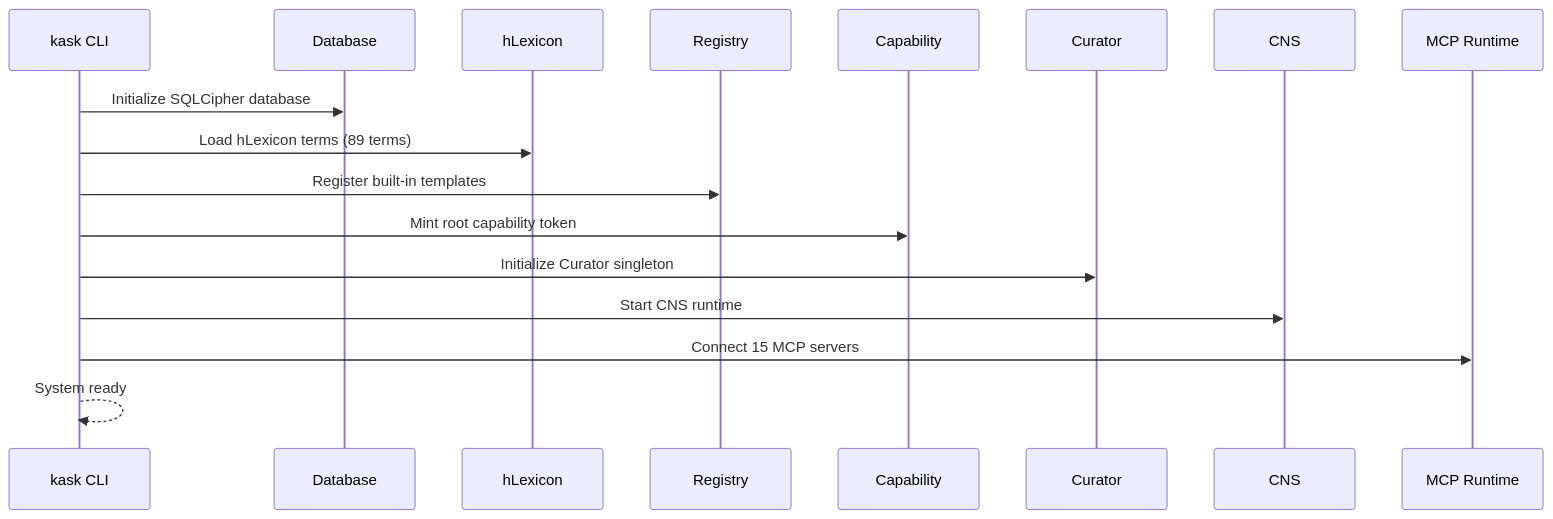
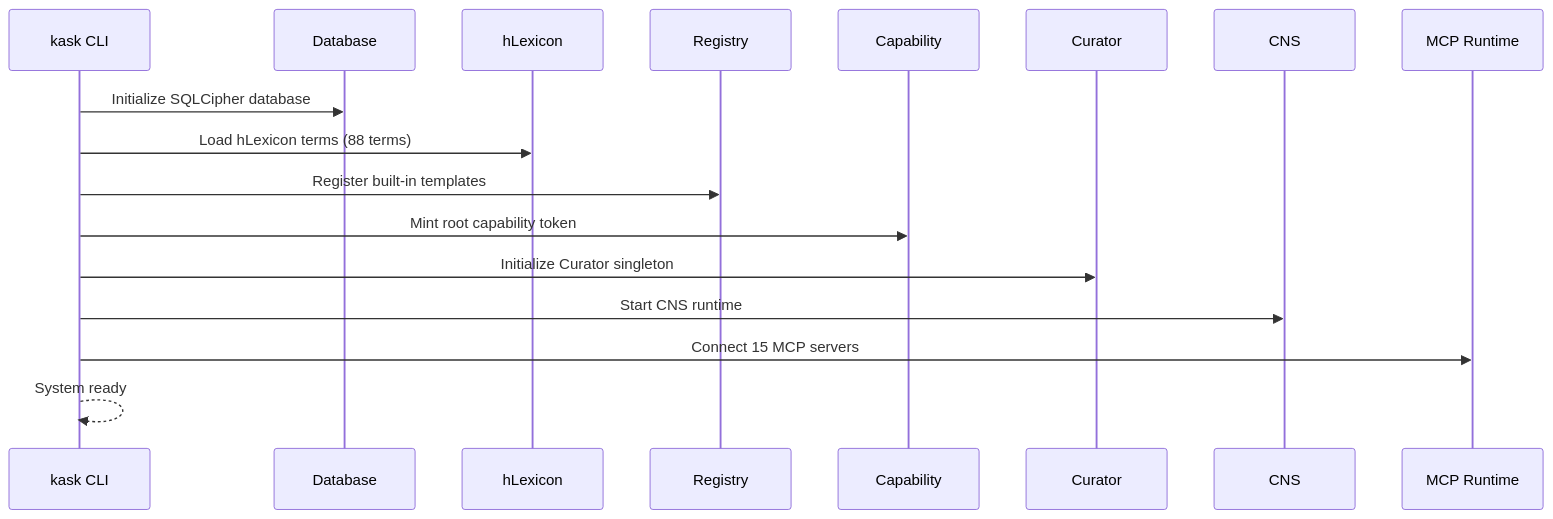
The second of 3 diagrams in docs/architecture/persistence-and-lifecycle.md (mdz-axo/hKask), drawn with Mermaid before and after one commit. The commit also changed other lines of this file and 11 other files, not shown here.

````diff
--- a/docs/architecture/persistence-and-lifecycle.md
+++ b/docs/architecture/persistence-and-lifecycle.md
@@ -213,20 +213,20 @@
 ```mermaid
 sequenceDiagram
     participant CLI as kask CLI
     participant DB as Database
     participant LEX as hLexicon
     participant REG as Registry
     participant CAP as Capability
     participant CUR as Curator
     participant CNS as CNS
     participant MCP as MCP Runtime
 
     CLI->>DB: Initialize SQLCipher database
-    CLI->>LEX: Load hLexicon terms (89 terms)
+    CLI->>LEX: Load hLexicon terms (88 terms)
     CLI->>REG: Register built-in templates
     CLI->>CAP: Mint root capability token
     CLI->>CUR: Initialize Curator singleton
     CLI->>CNS: Start CNS runtime
     CLI->>MCP: Connect 15 MCP servers
     CLI-->>CLI: System ready
 ```
````
